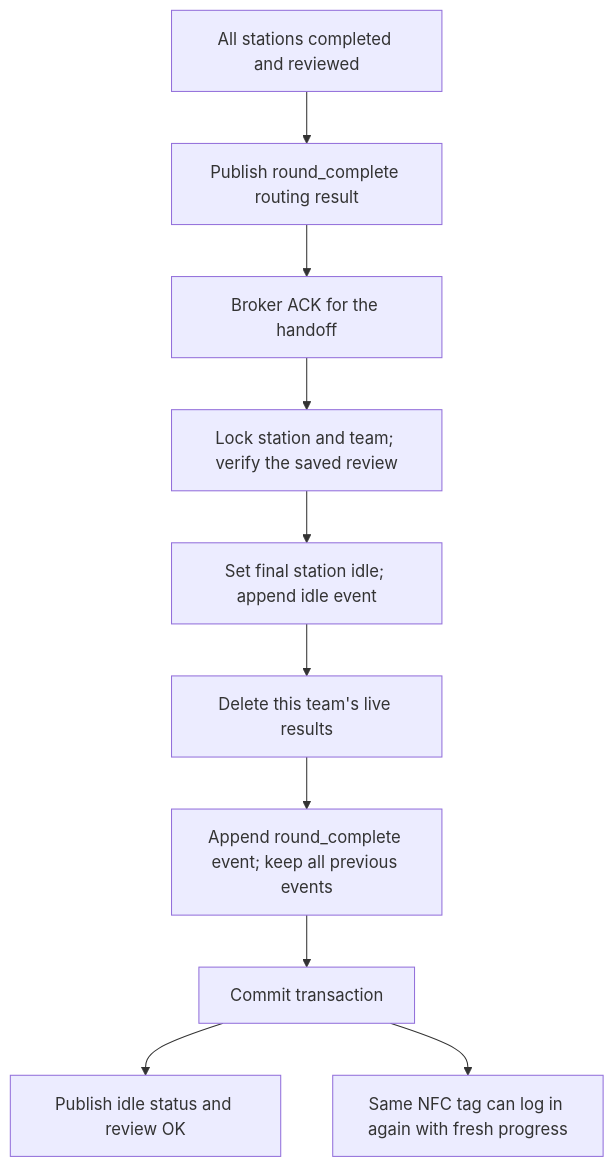
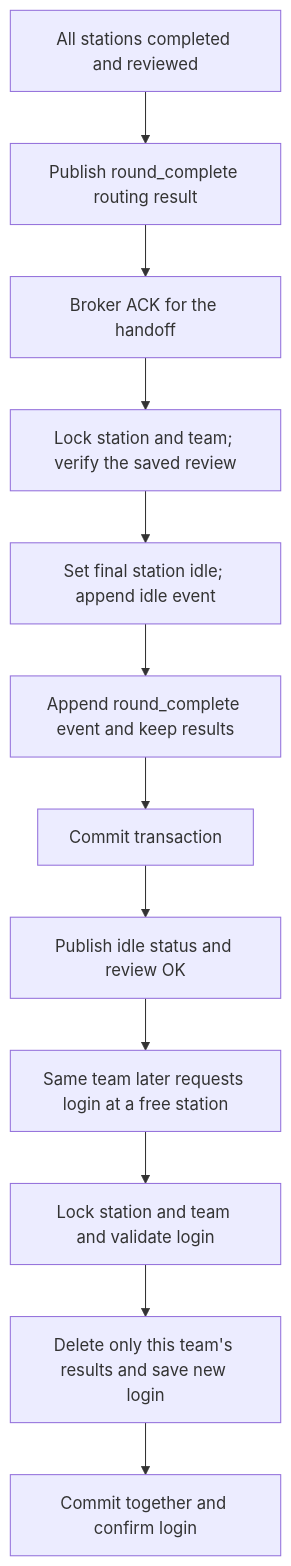
One commit to GnomUltras/backend changed the fourth of 6 diagrams in docs/backend.md. Above: the diagram before and after it, drawn with Mermaid. The commit also changed other lines of this file and 3 other files, not shown here.

Commit message:
Move the nullifying of team scores to a later point

````diff
--- a/docs/backend.md
+++ b/docs/backend.md
@@ -225,12 +228,14 @@
 ```mermaid
 flowchart TD
     R[All stations completed and reviewed] --> N[Publish round_complete routing result]
     N --> A[Broker ACK for the handoff]
     A --> T[Lock station and team; verify the saved review]
     T --> I[Set final station idle; append idle event]
-    I --> D[Delete this team's live results]
-    D --> E[Append round_complete event; keep all previous events]
+    I --> E[Append round_complete event and keep results]
     E --> C[Commit transaction]
     C --> O[Publish idle status and review OK]
-    C --> L[Same NFC tag can log in again with fresh progress]
+    O --> L[Same team later requests login at a free station]
+    L --> V[Lock station and team and validate login]
+    V --> D[Delete only this team's results and save new login]
+    D --> F[Commit together and confirm login]
 ```
````
